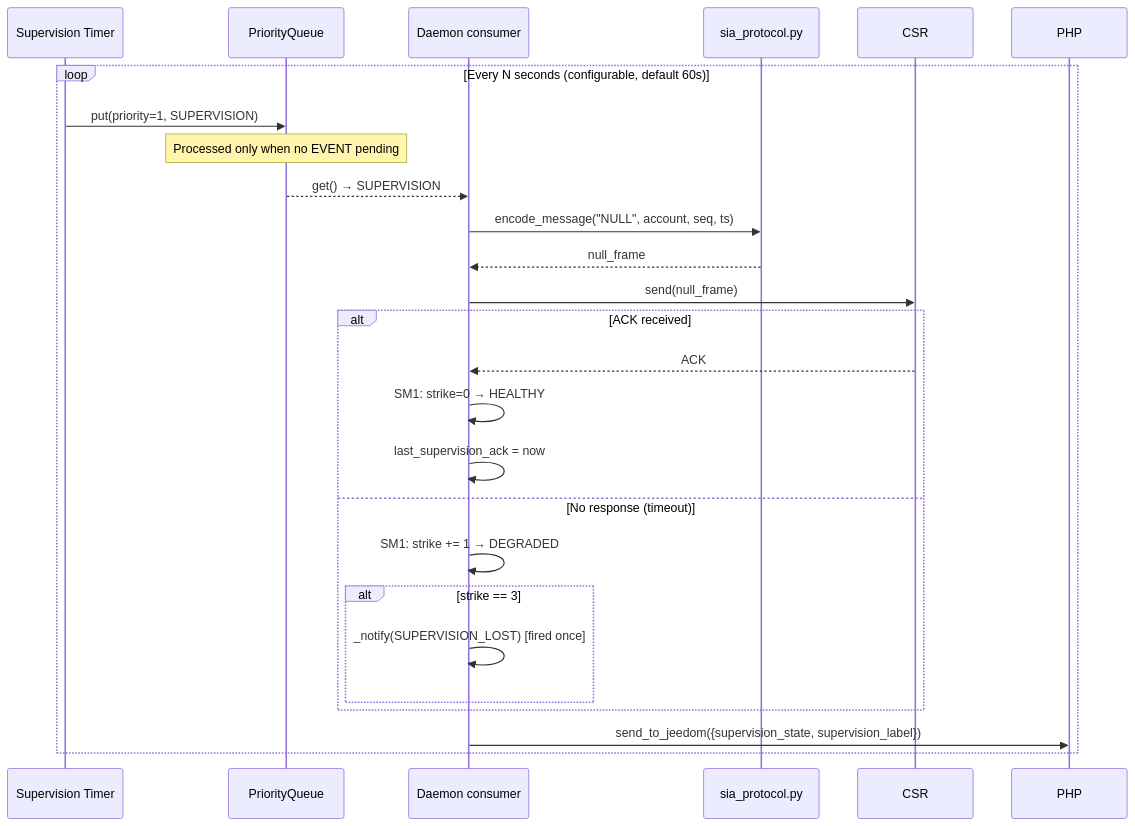
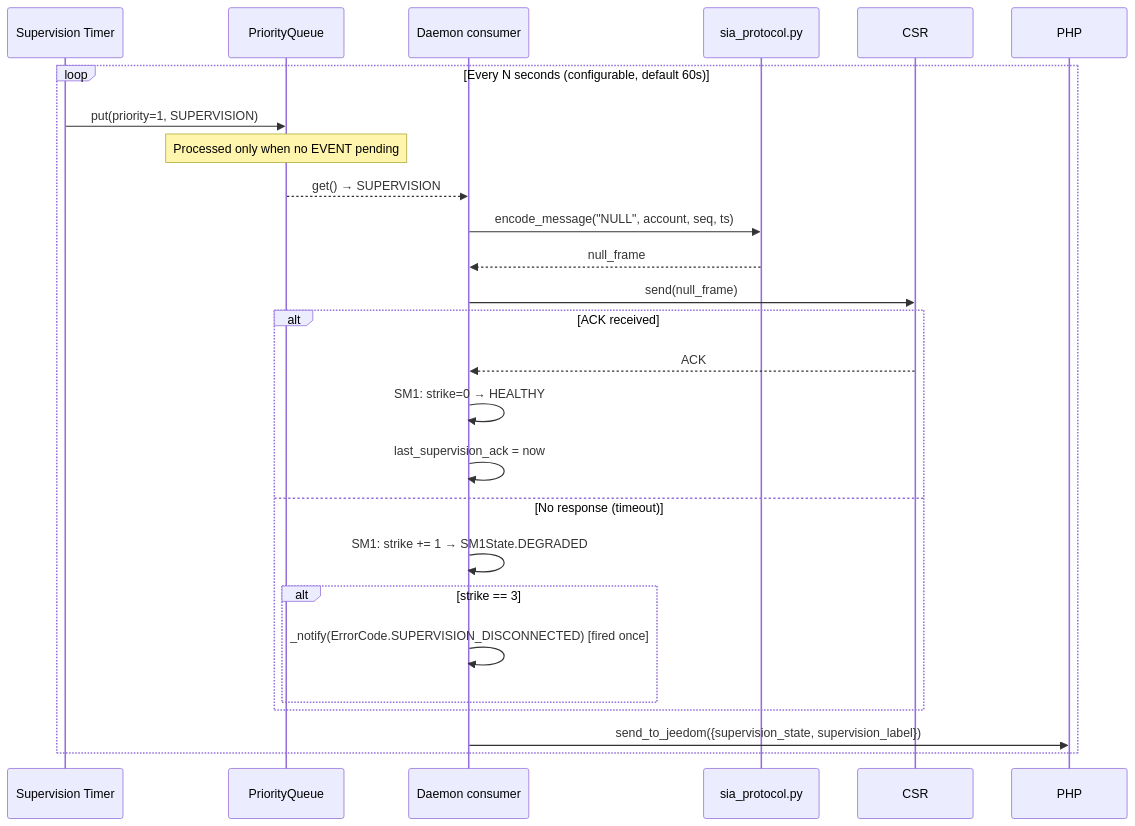
The sixth of 6 diagrams in docs/design/daemon-design.md (hlehoux2021/siadc09), drawn with Mermaid before and after one commit. The commit also changed other lines of this file and 9 other files, not shown here.

````diff
--- a/docs/design/daemon-design.md
+++ b/docs/design/daemon-design.md
@@ -749,32 +820,32 @@
 ```mermaid
 sequenceDiagram
     participant T as Supervision Timer
     participant Q as PriorityQueue
     participant D as Daemon consumer
     participant P as sia_protocol.py
     participant CSR as CSR
 
     loop Every N seconds (configurable, default 60s)
         T->>Q: put(priority=1, SUPERVISION)
 
         Note over Q: Processed only when no EVENT pending
 
         Q-->>D: get() → SUPERVISION
         D->>P: encode_message("NULL", account, seq, ts)
         P-->>D: null_frame
         D->>CSR: send(null_frame)
 
         alt ACK received
             CSR-->>D: ACK
             D->>D: SM1: strike=0 → HEALTHY
             D->>D: last_supervision_ack = now
         else No response (timeout)
-            D->>D: SM1: strike += 1 → DEGRADED
+            D->>D: SM1: strike += 1 → SM1State.DEGRADED
             alt strike == 3
-                D->>D: _notify(SUPERVISION_LOST) [fired once]
+                D->>D: _notify(ErrorCode.SUPERVISION_DISCONNECTED) [fired once]
             end
         end
 
         D->>PHP: send_to_jeedom({supervision_state, supervision_label})
     end
 ```
````
